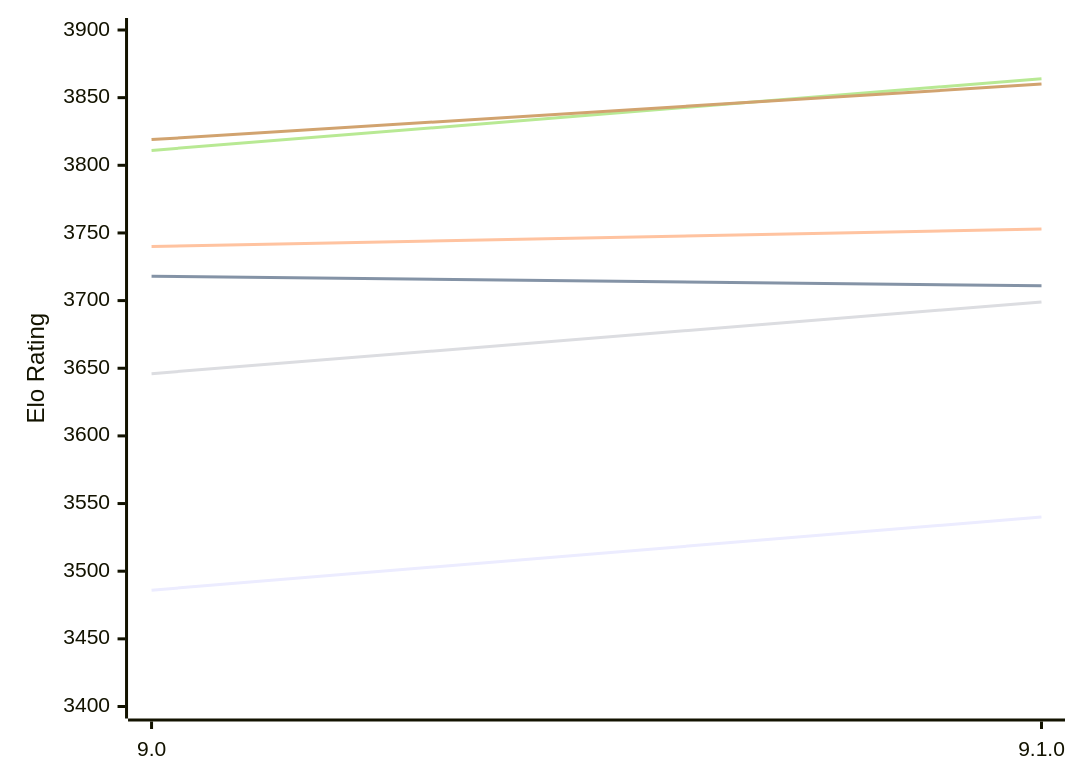
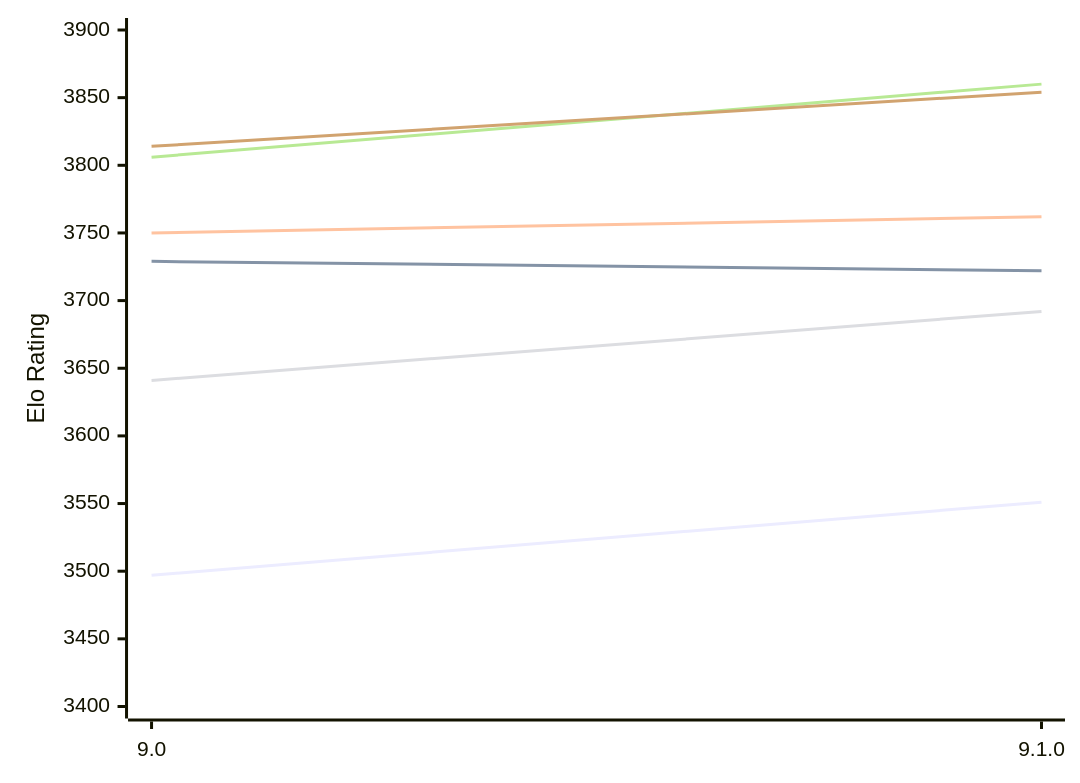
Before and after one commit to computer-chess-index/cci: the first of 2 diagrams in engines/Alexandria.md, drawn with Mermaid. The commit also changed other lines of this file, not shown here.

Commit message:
Update CCI Ratings (ELO VLTC) - 2026-11-06

````diff
--- a/engines/Alexandria.md
+++ b/engines/Alexandria.md
@@ -54,12 +54,12 @@
 ```mermaid
 %%{init: {"theme":"base","themeVariables":{"seriesColors:['#a3a3a3','#222221','#faa371']}}}%%
 xychart-beta
   x-axis ["9.0", "9.1.0"]
   y-axis "Elo Rating" 3400 --> 3900
-  line "E1: STC (8.0+0.08s)" [3486, 3540]
-  line "E1: LTC (60.0+0.60s)" [3718, 3711]
-  line "E1: VLTC (2m24s+1.12s)" [3740, 3753]
-  line "P1: STC (8.0+0.08s)" [3646, 3699]
-  line "P1: LTC (60.0+0.60s)" [3811, 3864]
-  line "P1: VLTC (2m24s+1.12s)" [3819, 3860]
+  line "E1: STC (8.0+0.08s)" [3497, 3551]
+  line "E1: LTC (60.0+0.60s)" [3729, 3722]
+  line "E1: VLTC (2m24s+1.12s)" [3750, 3762]
+  line "P1: STC (8.0+0.08s)" [3641, 3692]
+  line "P1: LTC (60.0+0.60s)" [3806, 3860]
+  line "P1: VLTC (2m24s+1.12s)" [3814, 3854]
 ```
````
